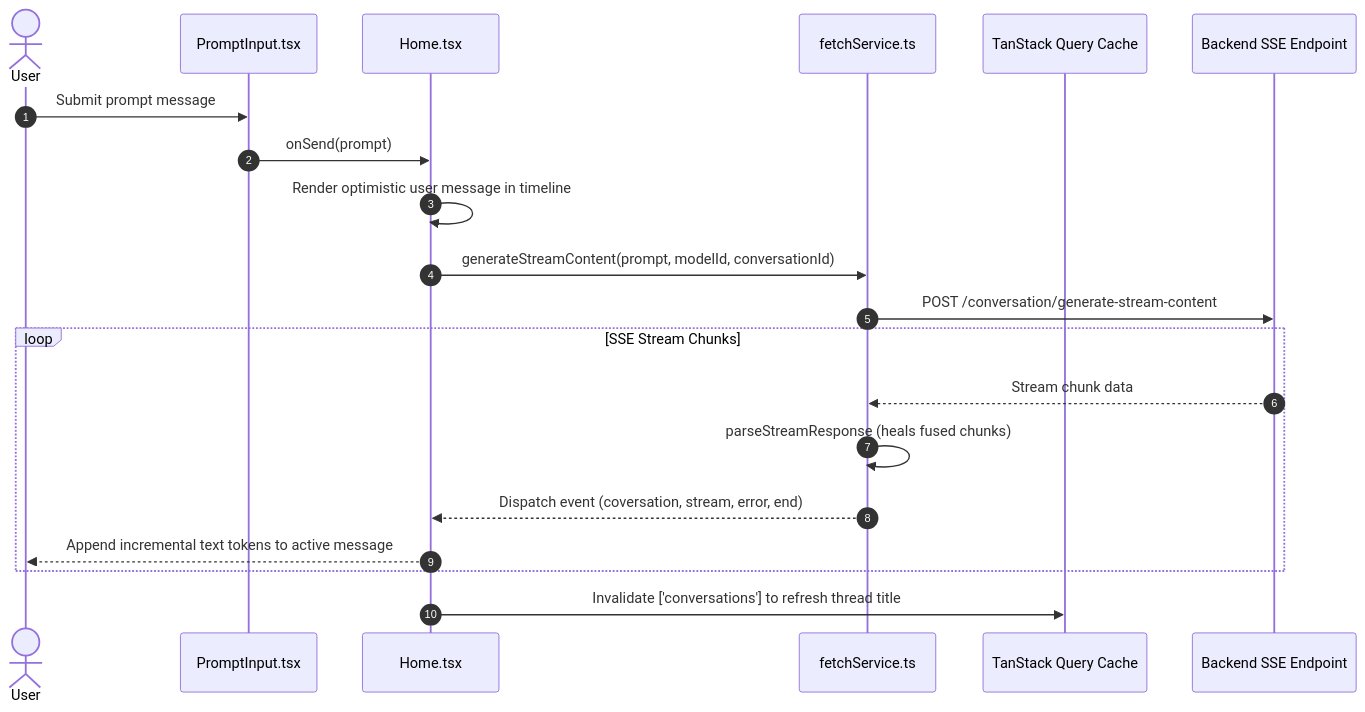
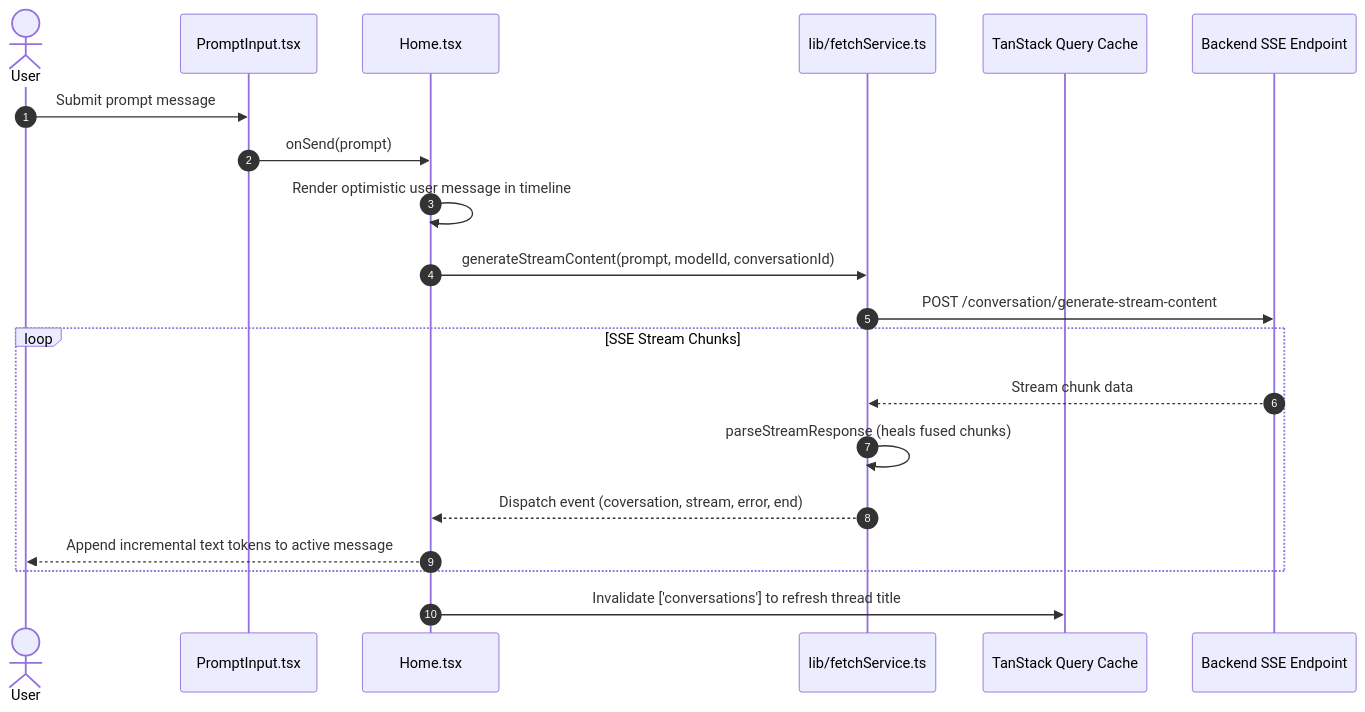
Before and after one commit to mkk-karthi/ai-agent-frontend: the diagram in .agents/skills/ai-agent-frontend/SKILL.md, drawn with Mermaid. The commit also changed other lines of this file and 32 other files, not shown here.

````diff
--- a/.agents/skills/ai-agent-frontend/SKILL.md
+++ b/.agents/skills/ai-agent-frontend/SKILL.md
@@ -82,23 +84,23 @@
 ```mermaid
 sequenceDiagram
     autonumber
     actor User as User
     participant Prompt as PromptInput.tsx
     participant Home as Home.tsx
-    participant FS as fetchService.ts
+    participant FS as lib/fetchService.ts
     participant Cache as TanStack Query Cache
     participant API as Backend SSE Endpoint
 
     User->>Prompt: Submit prompt message
     Prompt->>Home: onSend(prompt)
     Home->>Home: Render optimistic user message in timeline
     Home->>FS: generateStreamContent(prompt, modelId, conversationId)
     FS->>API: POST /conversation/generate-stream-content
     loop SSE Stream Chunks
         API-->>FS: Stream chunk data
         FS->>FS: parseStreamResponse (heals fused chunks)
         FS-->>Home: Dispatch event (coversation, stream, error, end)
         Home-->>User: Append incremental text tokens to active message
     end
     Home->>Cache: Invalidate ['conversations'] to refresh thread title
 ```
````
